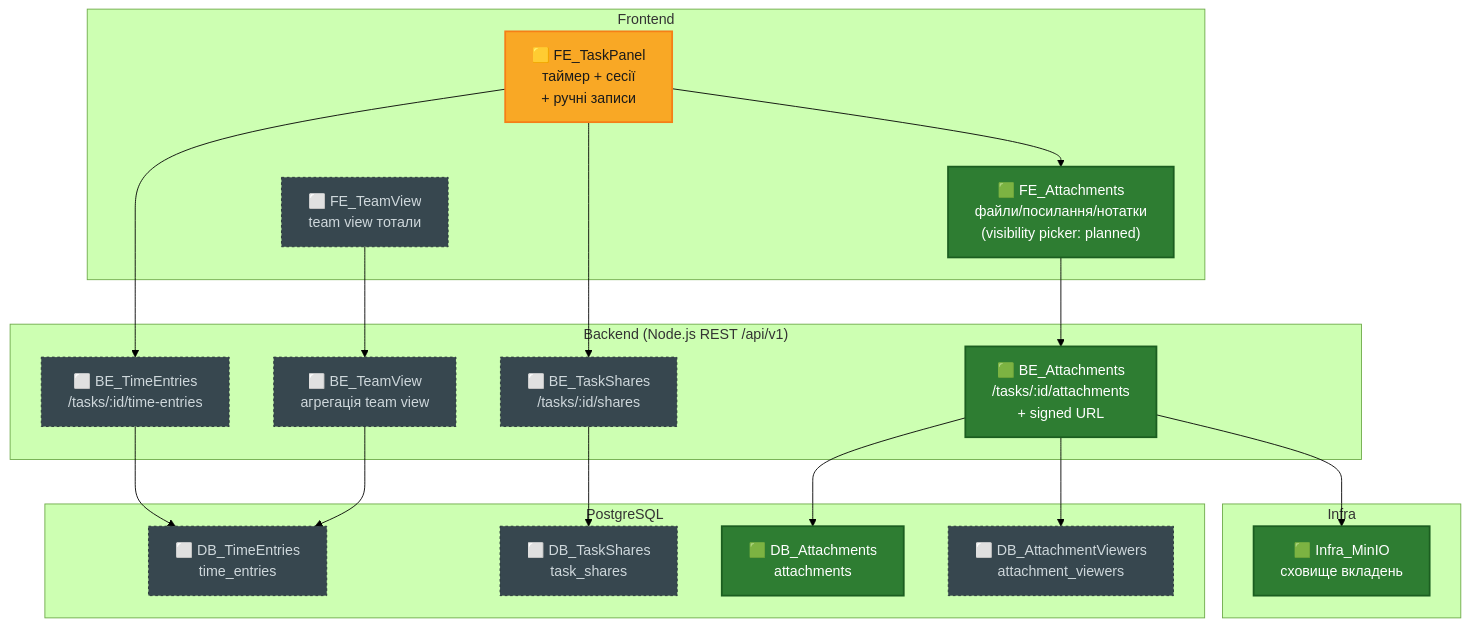
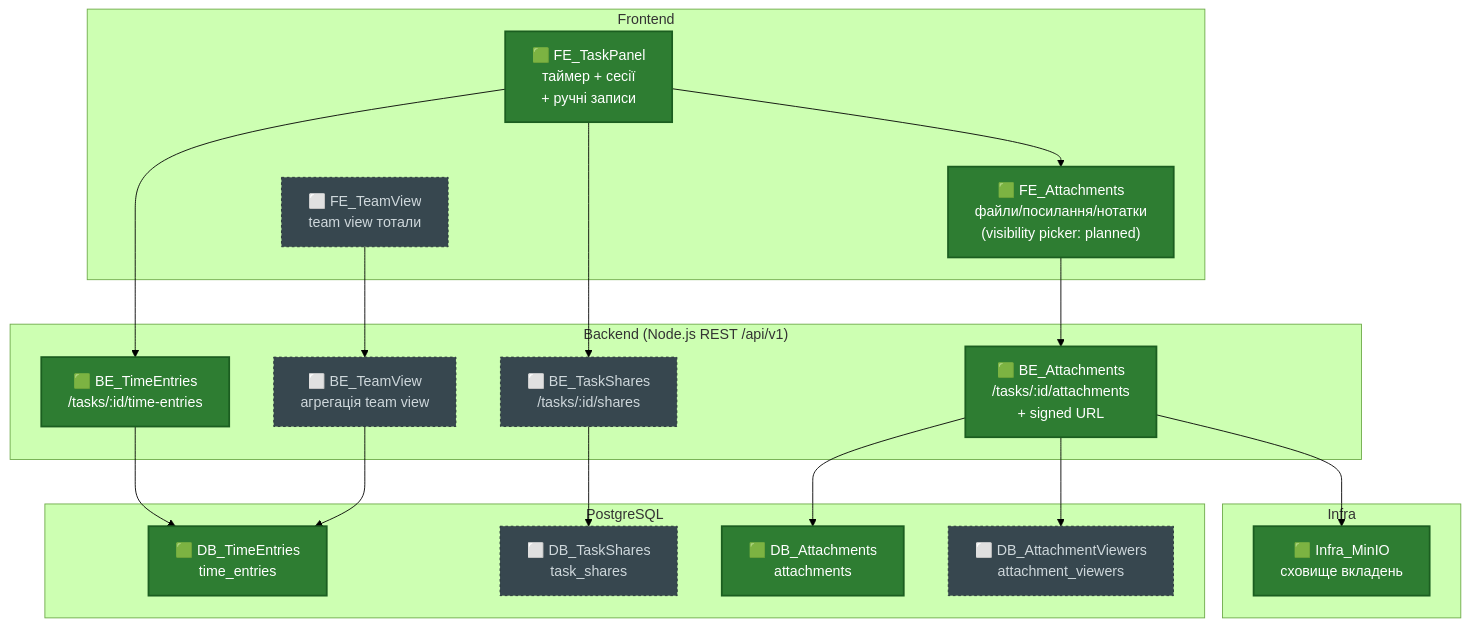
One commit to ansukhorukova/learn-it changed the third of 4 diagrams in PROJECT_MAP.md. Above: the diagram before and after it, drawn with Mermaid (forest theme). The commit also changed other lines of this file and 37 other files, not shown here.

Commit message:
attachments + time entries

````diff
--- a/PROJECT_MAP.md
+++ b/PROJECT_MAP.md
@@ -103,46 +103,45 @@
 ```mermaid
 graph TD
   classDef done fill:#2e7d32,color:#ffffff,stroke:#1b5e20,stroke-width:2px;
   classDef progress fill:#f9a825,color:#1a1a1a,stroke:#f57f17,stroke-width:2px;
   classDef planned fill:#37474f,color:#cfd8dc,stroke:#263238,stroke-width:1px,stroke-dasharray: 3 3;
 
   subgraph FE["Frontend"]
-    FE_TaskPanel["🟨 FE_TaskPanel<br/>таймер + сесії<br/>+ ручні записи"]
+    FE_TaskPanel["🟩 FE_TaskPanel<br/>таймер + сесії<br/>+ ручні записи"]
     FE_Attachments["🟩 FE_Attachments<br/>файли/посилання/нотатки<br/>(visibility picker: planned)"]
     FE_TeamView["⬜ FE_TeamView<br/>team view тотали"]
   end
 
   subgraph BE["Backend (Node.js REST /api/v1)"]
-    BE_TimeEntries["⬜ BE_TimeEntries<br/>/tasks/:id/time-entries"]
+    BE_TimeEntries["🟩 BE_TimeEntries<br/>/tasks/:id/time-entries"]
     BE_TaskShares["⬜ BE_TaskShares<br/>/tasks/:id/shares"]
     BE_Attachments["🟩 BE_Attachments<br/>/tasks/:id/attachments<br/>+ signed URL"]
     BE_TeamView["⬜ BE_TeamView<br/>агрегація team view"]
   end
 
   subgraph DB["PostgreSQL"]
-    DB_TimeEntries["⬜ DB_TimeEntries<br/>time_entries"]
+    DB_TimeEntries["🟩 DB_TimeEntries<br/>time_entries"]
     DB_TaskShares["⬜ DB_TaskShares<br/>task_shares"]
     DB_Attachments["🟩 DB_Attachments<br/>attachments"]
     DB_AttachmentViewers["⬜ DB_AttachmentViewers<br/>attachment_viewers"]
   end
 
   subgraph Infra["Infra"]
     Infra_MinIO["🟩 Infra_MinIO<br/>сховище вкладень"]
   end
 
   FE_TaskPanel --> BE_TimeEntries
   BE_TimeEntries --> DB_TimeEntries
   FE_TaskPanel --> BE_TaskShares
   BE_TaskShares --> DB_TaskShares
   FE_TaskPanel --> FE_Attachments
   FE_Attachments --> BE_Attachments
   BE_Attachments --> DB_Attachments
   BE_Attachments --> DB_AttachmentViewers
   BE_Attachments --> Infra_MinIO
   FE_TeamView --> BE_TeamView
   BE_TeamView --> DB_TimeEntries
 
-  class FE_Attachments,BE_Attachments,DB_Attachments,Infra_MinIO done;
-  class FE_TaskPanel progress;
-  class BE_TimeEntries,BE_TaskShares,BE_TeamView,DB_TimeEntries,DB_TaskShares,DB_AttachmentViewers,FE_TeamView planned;
+  class FE_TaskPanel,FE_Attachments,BE_TimeEntries,BE_Attachments,DB_TimeEntries,DB_Attachments,Infra_MinIO done;
+  class BE_TaskShares,BE_TeamView,DB_TaskShares,DB_AttachmentViewers,FE_TeamView planned;
 ```
````
